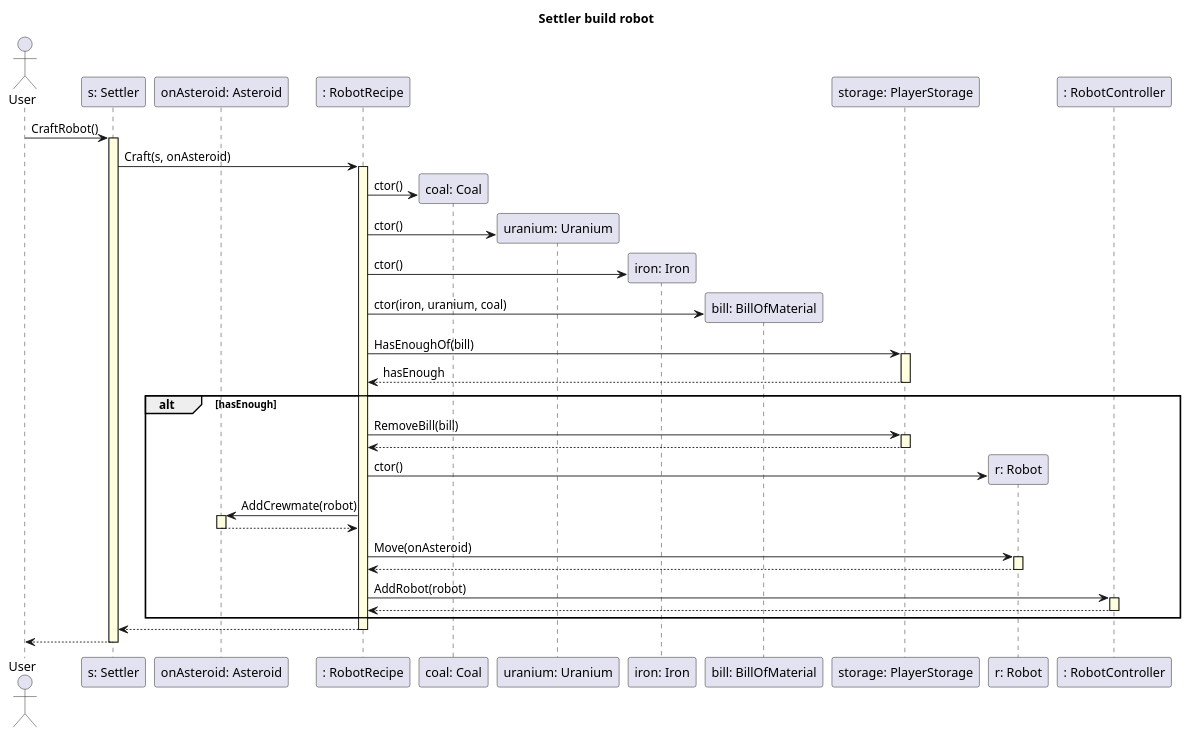
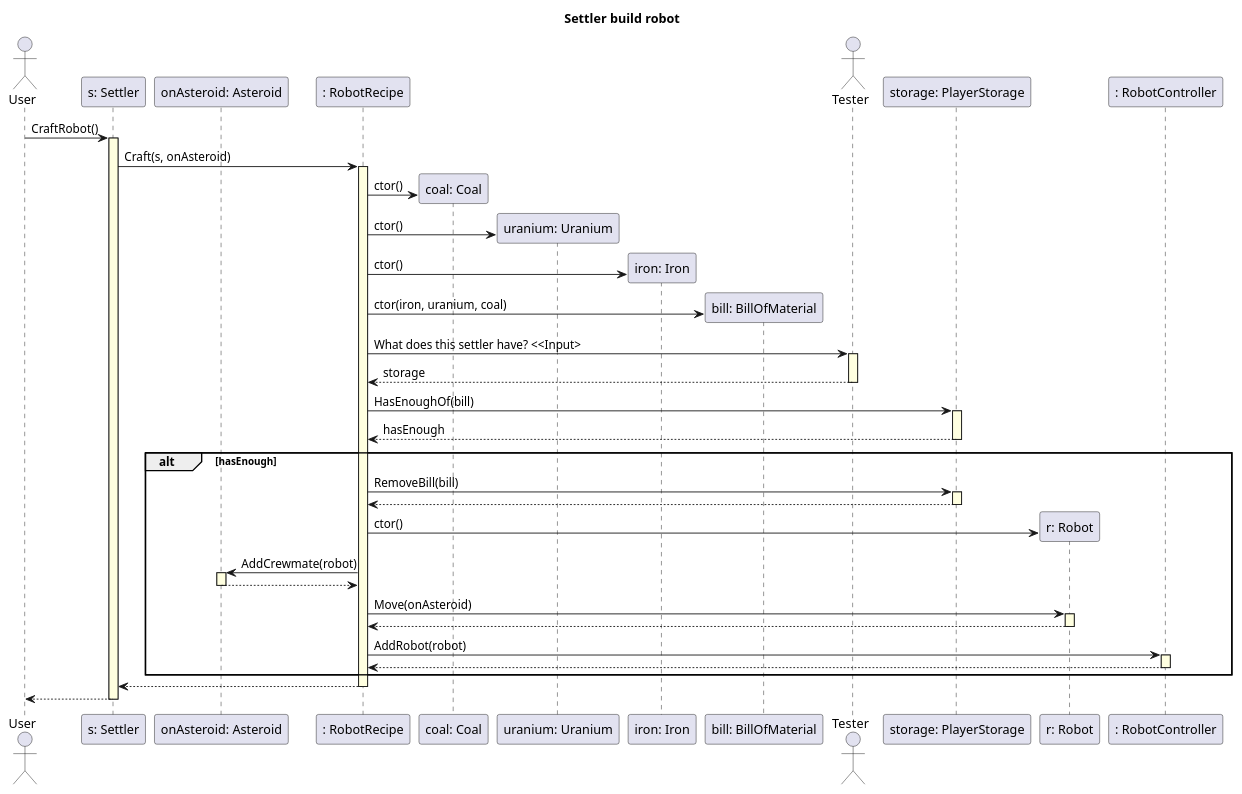
Before and after one commit to triszt4n/projlab_holy_oil: the diagram in uml/build_robot.plantuml, drawn with PlantUML. The commit also changed 3 other files, not shown here.

Commit message:
Added some uml files

```diff
--- a/uml/build_robot.plantuml
+++ b/uml/build_robot.plantuml
@@ -1,52 +1,56 @@
 @startuml
 skinparam SequenceLifeLineBackgroundColor LightYellow
 
 title "Settler build robot"
 
 actor User as US
 participant "s: Settler" as settler
 participant "onAsteroid: Asteroid" as onAsteroid
 participant ": RobotRecipe" as robotRecipe
 
 US -> settler ++ : CraftRobot()
 settler -> robotRecipe ++ : Craft(s, onAsteroid)
 
 participant "coal: Coal" as coal
 robotRecipe -> coal ** : ctor()
 participant "uranium: Uranium" as uranium
 robotRecipe -> uranium ** : ctor()
 participant "iron: Iron" as iron
 robotRecipe -> iron ** : ctor()
 
 participant "bill: BillOfMaterial" as bill
 robotRecipe -> bill ** : ctor(iron, uranium, coal)
+
+actor Tester as TESTER
+robotRecipe -> TESTER ++ : What does this settler have? <<Input>
+TESTER --> robotRecipe -- : storage
 
 participant "storage: PlayerStorage" as storage
 robotRecipe -> storage ++ : HasEnoughOf(bill)
 storage --> robotRecipe -- : hasEnough
 
 alt hasEnough
 
     robotRecipe -> storage ++ : RemoveBill(bill)
     storage --> robotRecipe --
 
     participant "r: Robot" as robot
     robotRecipe -> robot ** : ctor()
 
     robotRecipe -> onAsteroid ++ : AddCrewmate(robot)
     onAsteroid --> robotRecipe --
 
     robotRecipe -> robot ++ : Move(onAsteroid)
     robot --> robotRecipe --
 
     participant ": RobotController" as controller
     robotRecipe -> controller ++ : AddRobot(robot)
     controller --> robotRecipe --
 
 end
 
 robotRecipe --> settler --
 
 settler --> US --
 
 @enduml
```
